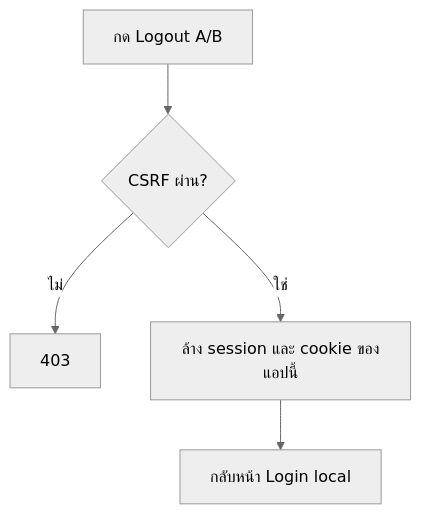
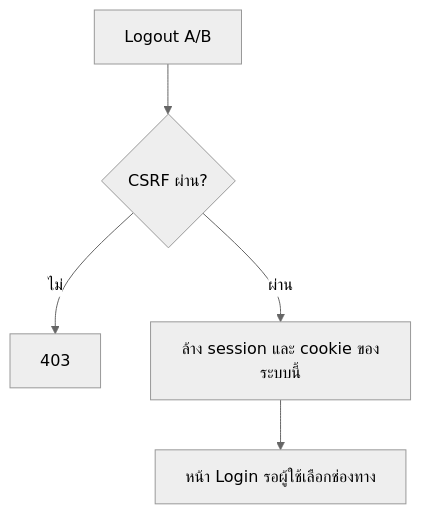
Diagram 16 of 20 in docs/flows/LOGIN-AND-SESSION.md (Sin1apachai/poc_sso), drawn with Mermaid (neutral theme) before and after one commit. The commit also changed other lines of this file and 149 other files, not shown here.

````diff
--- a/docs/flows/LOGIN-AND-SESSION.md
+++ b/docs/flows/LOGIN-AND-SESSION.md
@@ -366,7 +382,7 @@
 ```mermaid
 flowchart TD
-    L[กด Logout A/B] --> C{CSRF ผ่าน?}
+L[Logout A/B] --> C{CSRF ผ่าน?}
     C -->|ไม่| E[403]
-    C -->|ใช่| D[ล้าง session และ cookie ของแอปนี้]
-    D --> H[กลับหน้า Login local]
+    C -->|ผ่าน| D[ล้าง session และ cookie ของระบบนี้]
+    D --> H[หน้า Login รอผู้ใช้เลือกช่องทาง]
 ```
````
